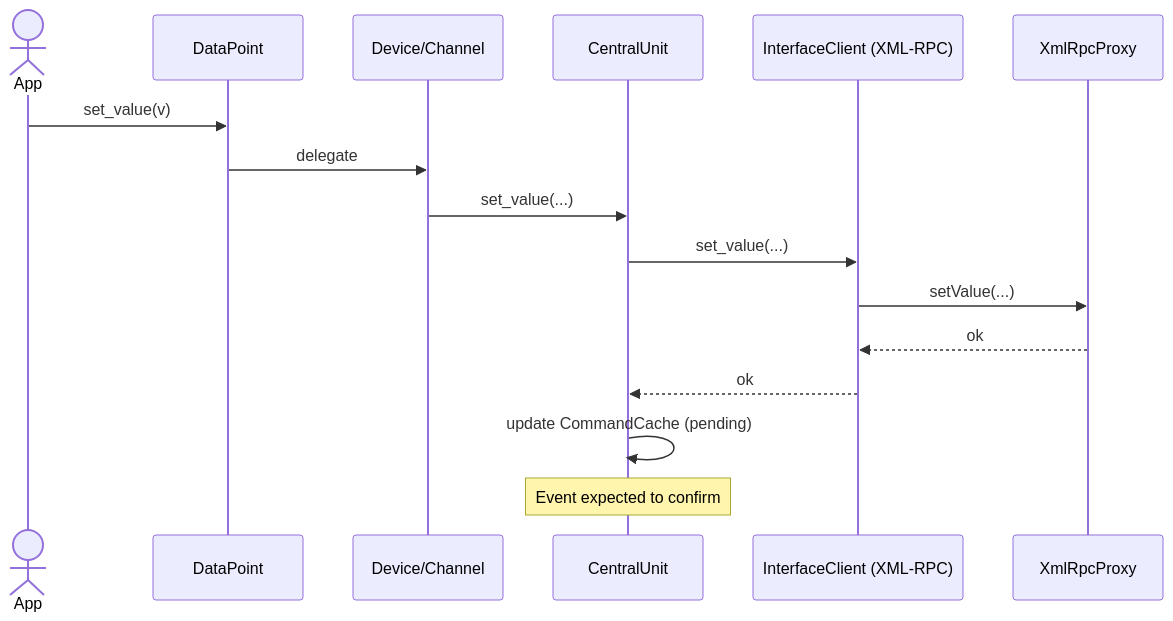
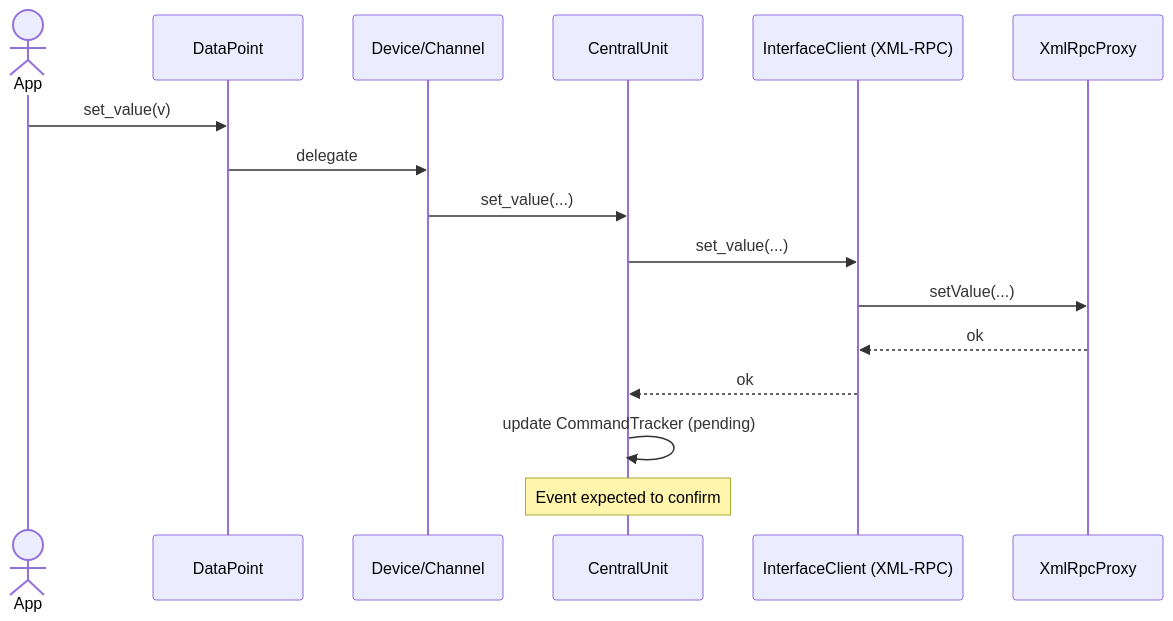
One commit to SukramJ/aiohomematic changed the third of 3 diagrams in docs/architecture/data_flow.md. Above: the diagram before and after it, drawn with Mermaid. The commit also changed other lines of this file and 17 other files, not shown here.

````diff
--- a/docs/architecture/data_flow.md
+++ b/docs/architecture/data_flow.md
@@ -156,18 +156,18 @@
 ```mermaid
 sequenceDiagram
   actor App
   participant DP as DataPoint
   participant Dev as Device/Channel
   participant C as CentralUnit
   participant CX as InterfaceClient (XML-RPC)
   participant X as XmlRpcProxy
   App->>DP: set_value(v)
   DP->>Dev: delegate
   Dev->>C: set_value(...)
   C->>CX: set_value(...)
   CX->>X: setValue(...)
   X-->>CX: ok
   CX-->>C: ok
-  C->>C: update CommandCache (pending)
+  C->>C: update CommandTracker (pending)
   note over C: Event expected to confirm
 ```
````
